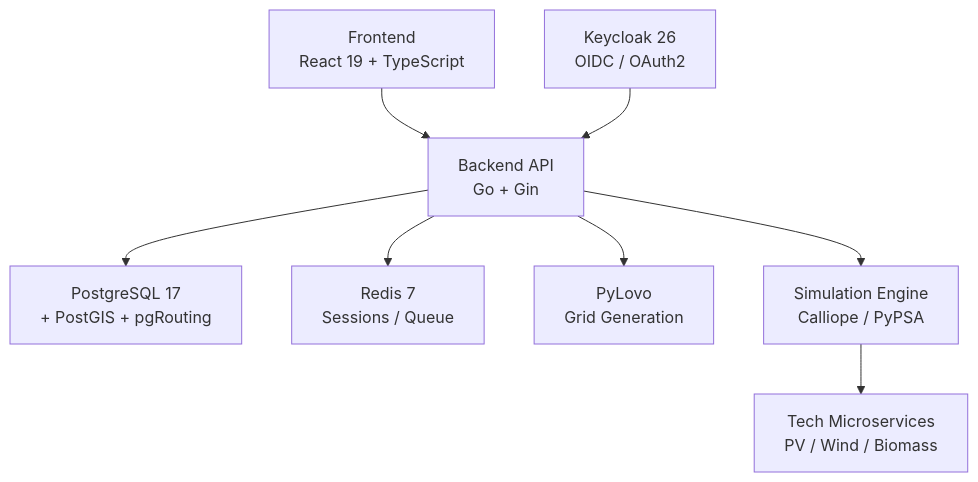
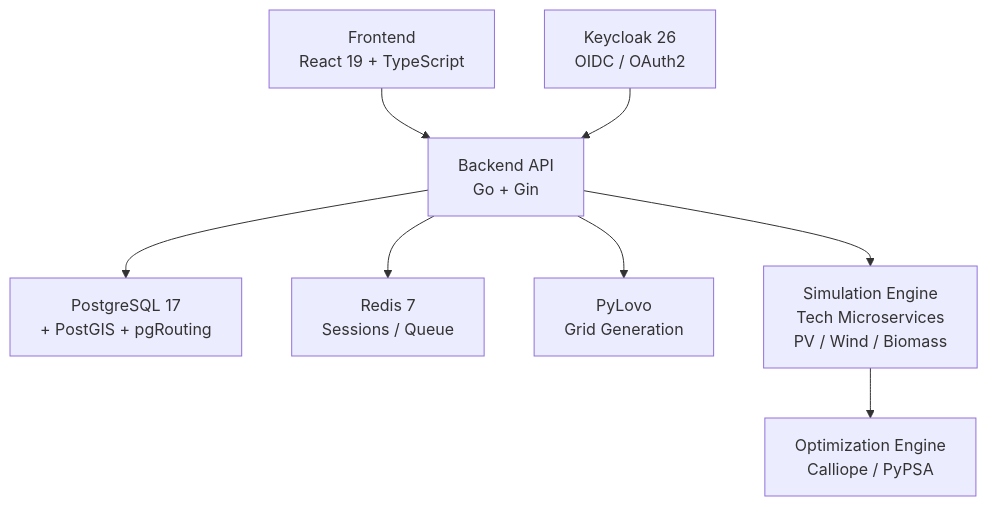
The diagram in docs/index.md (enerplanet/enerplanet), drawn with Mermaid before and after one commit.

Commit message:
docs: Update Diagram of platform overview

````diff
--- a/docs/index.md
+++ b/docs/index.md
@@ -7,10 +7,10 @@
 ```mermaid
 graph TD
     A[Frontend<br/>React 19 + TypeScript] --> B[Backend API<br/>Go + Gin]
     B --> C[PostgreSQL 17<br/>+ PostGIS + pgRouting]
     B --> D[Redis 7<br/>Sessions / Queue]
     B --> E[PyLovo<br/>Grid Generation]
-    B --> F[Simulation Engine<br/>Calliope / PyPSA]
+    B --> F[Simulation Engine<br/>Tech Microservices<br/>PV / Wind / Biomass]
     G[Keycloak 26<br/>OIDC / OAuth2] --> B
-    F --> H[Tech Microservices<br/>PV / Wind / Biomass]
+    F --> H[Optimization Engine<br/>Calliope / PyPSA]
 ```
````
